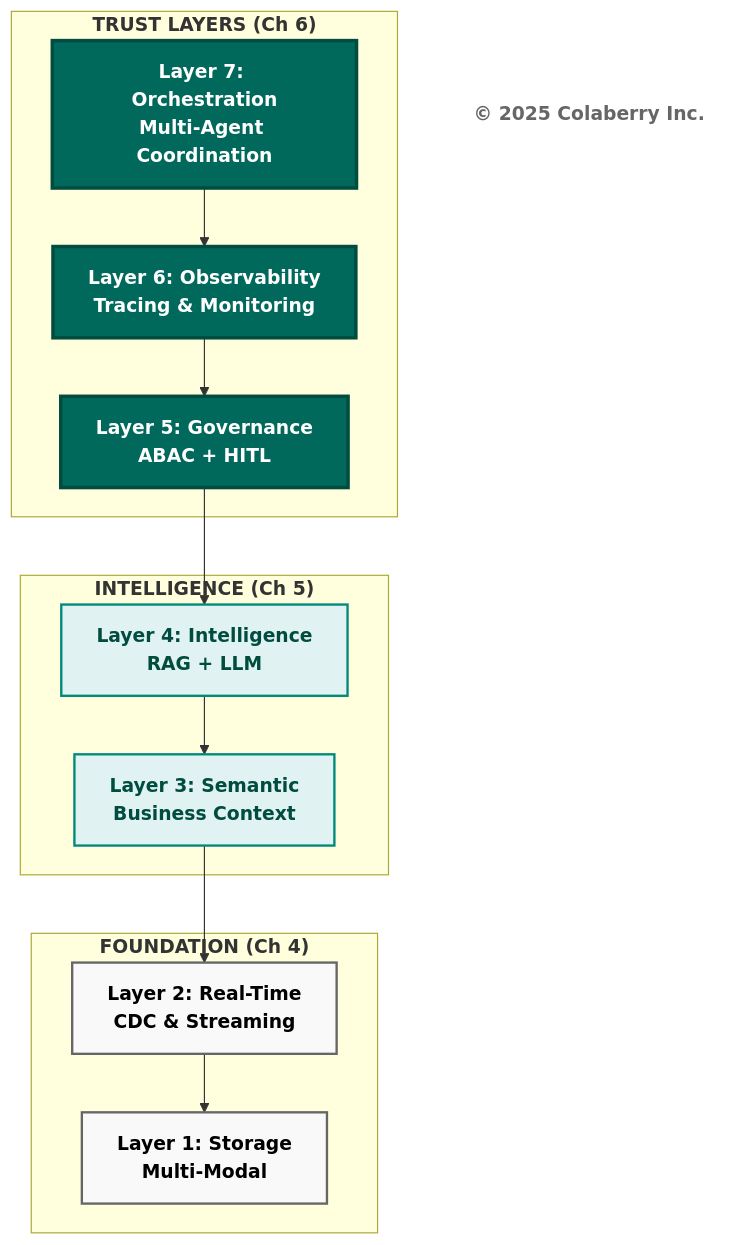
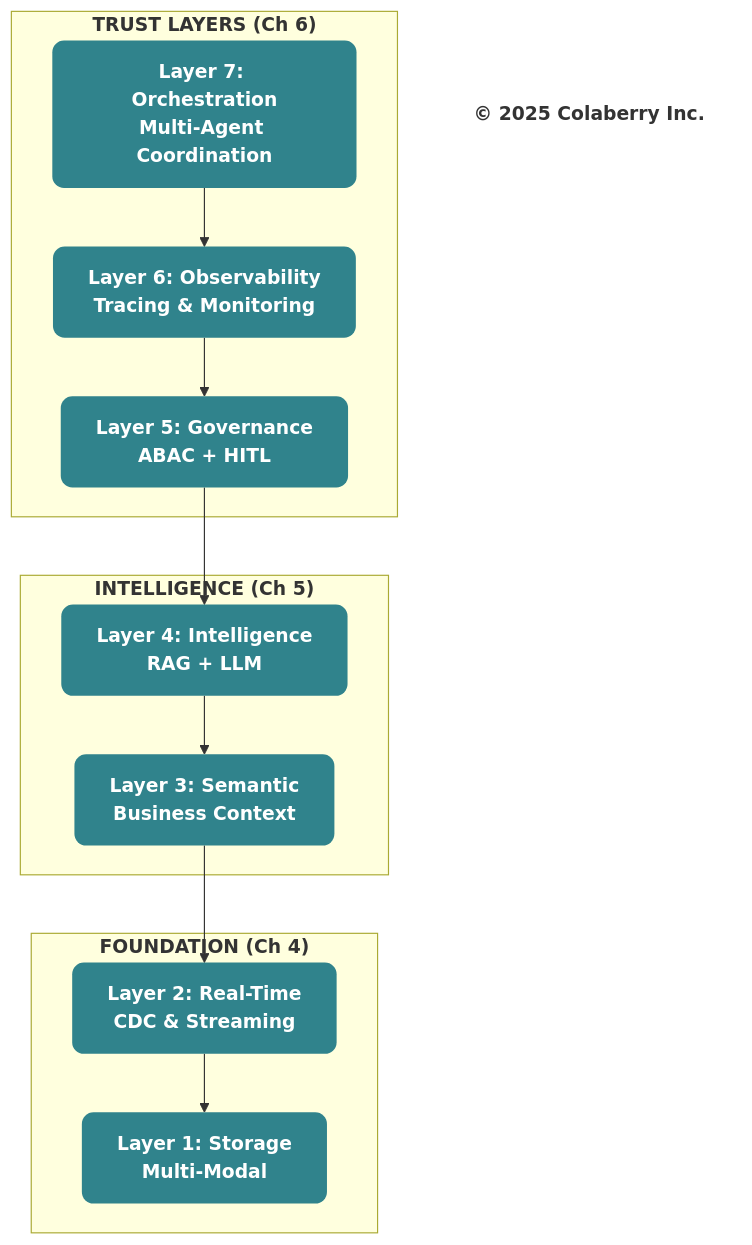
One commit to saitejesh-cyber/trust-before-intelligence-book changed the third of 14 diagrams in manuscript/07_chapter_6_transparency_orchestration_layers.md. Above: the diagram before and after it, drawn with Mermaid. The commit also changed other lines of this file and 7 other files, not shown here.

Commit message:
Chapter 6to13: Updated mermaid diagrams based on new colaberry color code

````diff
--- a/manuscript/07_chapter_6_transparency_orchestration_layers.md
+++ b/manuscript/07_chapter_6_transparency_orchestration_layers.md
@@ -156,31 +156,31 @@
 ```mermaid
 graph TB
     subgraph "<b>TRUST LAYERS (Ch 6)</b>"
         L7["<b>Layer 7: Orchestration</b><br/><b>Multi-Agent Coordination</b>"]
         L6["<b>Layer 6: Observability</b><br/><b>Tracing & Monitoring</b>"]
         L5["<b>Layer 5: Governance</b><br/><b>ABAC + HITL</b>"]
     end
     
     subgraph "<b>INTELLIGENCE (Ch 5)</b>"
         L4["<b>Layer 4: Intelligence</b><br/><b>RAG + LLM</b>"]
         L3["<b>Layer 3: Semantic</b><br/><b>Business Context</b>"]
     end
     
     subgraph "<b>FOUNDATION (Ch 4)</b>"
         L2["<b>Layer 2: Real-Time</b><br/><b>CDC & Streaming</b>"]
         L1["<b>Layer 1: Storage</b><br/><b>Multi-Modal</b>"]
     end
     
     Copyright["<b>© 2025 Colaberry Inc.</b>"]
     
     L7 --> L6 --> L5 --> L4 --> L3 --> L2 --> L1
     
-    style L7 fill:#00695c,color:#ffffff,stroke:#004d40,stroke-width:3px
-    style L6 fill:#00695c,color:#ffffff,stroke:#004d40,stroke-width:3px
-    style L5 fill:#00695c,color:#ffffff,stroke:#004d40,stroke-width:3px
-    style L4 fill:#e0f2f1,stroke:#00897b,stroke-width:2px,color:#004d40
-    style L3 fill:#e0f2f1,stroke:#00897b,stroke-width:2px,color:#004d40
-    style L2 fill:#f9f9f9,stroke:#666666,stroke-width:2px,color:#000000
-    style L1 fill:#f9f9f9,stroke:#666666,stroke-width:2px,color:#000000
-    style Copyright fill:#ffffff,stroke:none,color:#666666
+    style L7 fill:#30838C,stroke:none,color:#ffffff,rx:10,ry:10
+    style L6 fill:#30838C,stroke:none,color:#ffffff,rx:10,ry:10
+    style L5 fill:#30838C,stroke:none,color:#ffffff,rx:10,ry:10
+    style L4 fill:#30838C,stroke:none,color:#ffffff,rx:10,ry:10
+    style L3 fill:#30838C,stroke:none,color:#ffffff,rx:10,ry:10
+    style L2 fill:#30838C,stroke:none,color:#ffffff,rx:10,ry:10
+    style L1 fill:#30838C,stroke:none,color:#ffffff,rx:10,ry:10
+    style Copyright fill:none,stroke:none,color:#333333
 ```
````
